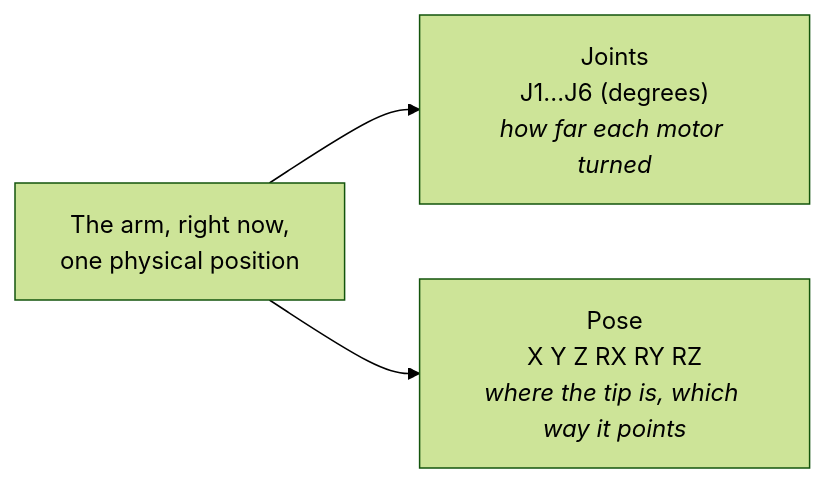
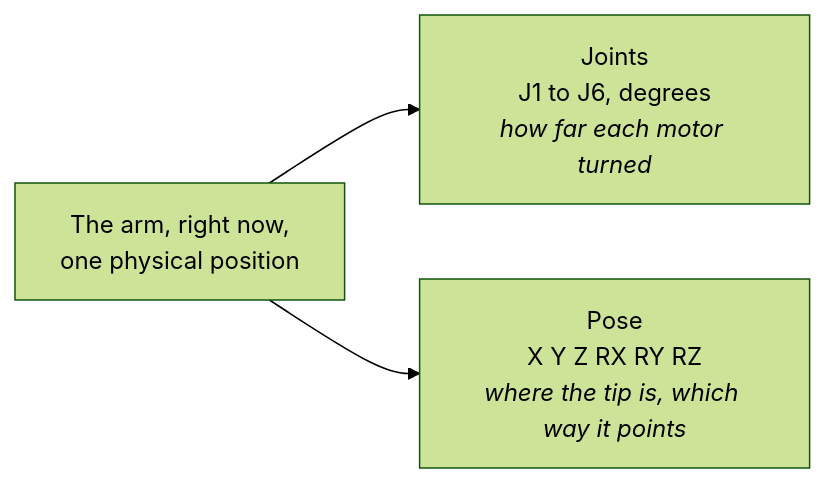
Before and after one commit to cggs-matthew-pham/cggs-digital-tutorials: the second of 2 diagrams in robodk/01-meet-the-arm.md, drawn with Mermaid (forest theme). The commit also changed other lines of this file, not shown here.

````diff
--- a/robodk/01-meet-the-arm.md
+++ b/robodk/01-meet-the-arm.md
@@ -129,5 +156,5 @@
 ```mermaid
 graph LR
-    A["The arm, right now,<br>one physical position"] --> B["Joints<br>J1...J6 (degrees)<br><i>how far each motor turned</i>"]
+    A["The arm, right now,<br>one physical position"] --> B["Joints<br>J1 to J6, degrees<br><i>how far each motor turned</i>"]
     A --> C["Pose<br>X Y Z RX RY RZ<br><i>where the tip is, which way it points</i>"]
 ```
````
